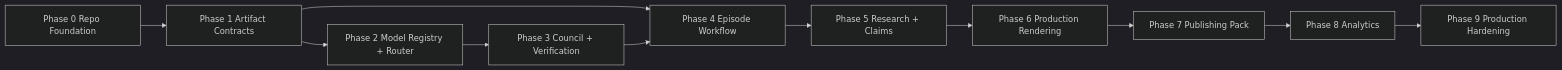
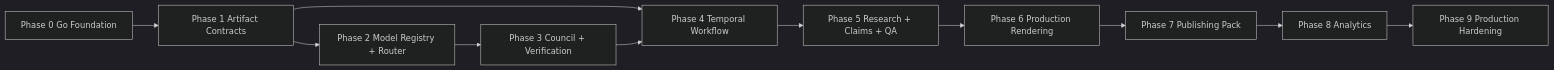
Before and after one commit to AnimusHQ/news: the second of 2 diagrams in docs/CODEX_MASTER_PLAN.md, drawn with Mermaid (dark theme). The commit also changed other lines of this file, not shown here.

Commit message:
docs: switch Codex master plan to Go and Temporal

````diff
--- a/docs/CODEX_MASTER_PLAN.md
+++ b/docs/CODEX_MASTER_PLAN.md
@@ -77,13 +126,13 @@
 ```mermaid
 flowchart LR
-  P0[Phase 0 Repo Foundation] --> P1[Phase 1 Artifact Contracts]
+  P0[Phase 0 Go Foundation] --> P1[Phase 1 Artifact Contracts]
   P1 --> P2[Phase 2 Model Registry + Router]
   P2 --> P3[Phase 3 Council + Verification]
-  P1 --> P4[Phase 4 Episode Workflow]
+  P1 --> P4[Phase 4 Temporal Workflow]
   P3 --> P4
-  P4 --> P5[Phase 5 Research + Claims]
+  P4 --> P5[Phase 5 Research + Claims + QA]
   P5 --> P6[Phase 6 Production Rendering]
   P6 --> P7[Phase 7 Publishing Pack]
   P7 --> P8[Phase 8 Analytics]
   P8 --> P9[Phase 9 Production Hardening]
 ```
````
